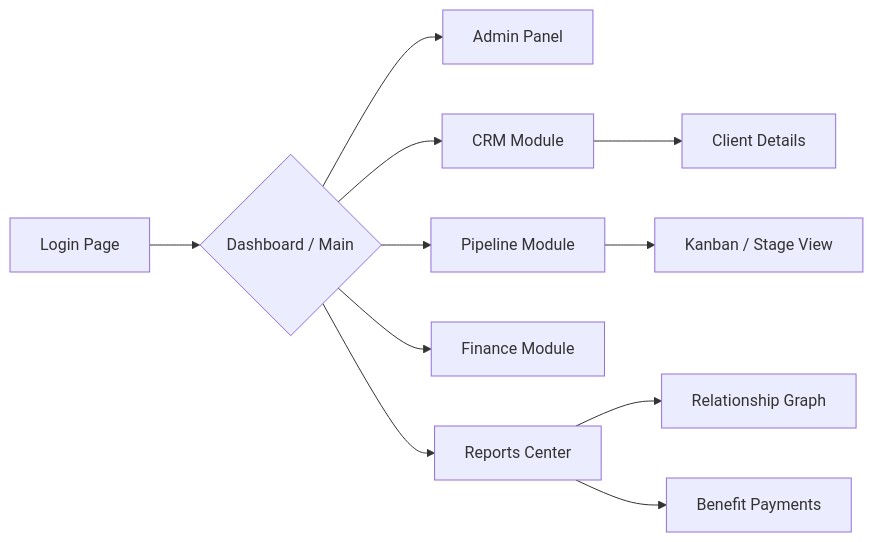
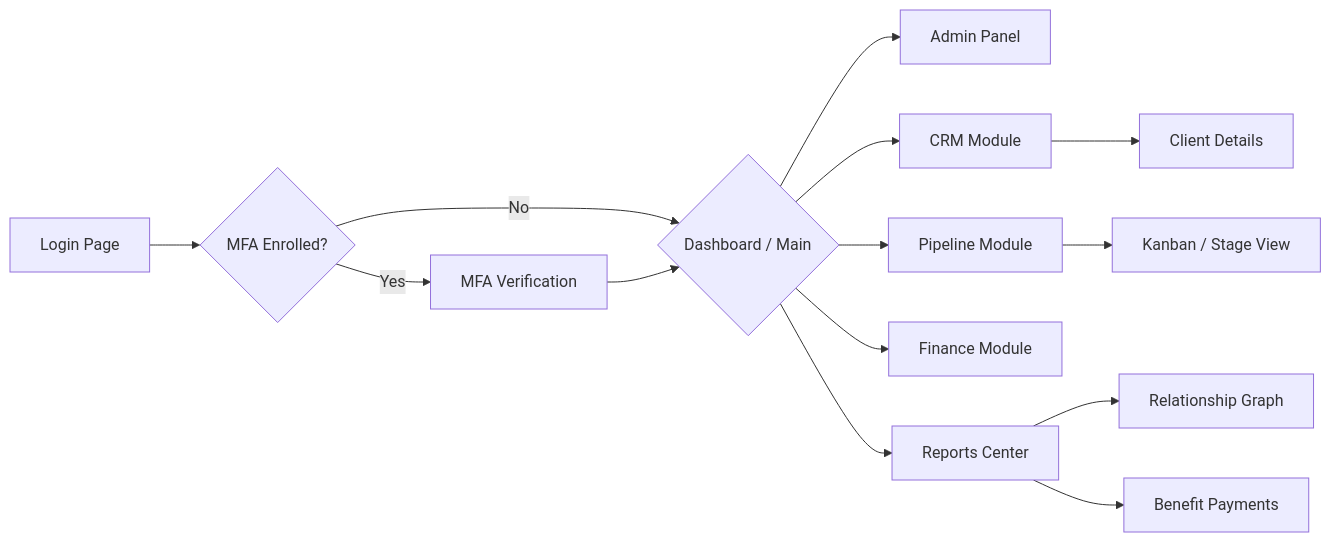
One commit to bereanadvisorgroup/prestige-box changed the diagram in docs/features.md. Above: the diagram before and after it, drawn with Mermaid. The commit also changed other lines of this file and 4 other files, not shown here.

````diff
--- a/docs/features.md
+++ b/docs/features.md
@@ -5,14 +5,17 @@
 ```mermaid
 flowchart LR
-    Login[Login Page] --> Dashboard{Dashboard / Main}
+    Login[Login Page] --> MFA{MFA Enrolled?}
+    MFA -->|Yes| MFAVerify[MFA Verification]
+    MFA -->|No| Dashboard{Dashboard / Main}
+    MFAVerify --> Dashboard
     Dashboard --> Admin[Admin Panel]
     Dashboard --> CRM[CRM Module]
     Dashboard --> Pipeline[Pipeline Module]
     Dashboard --> Finance[Finance Module]
     Dashboard --> Reports[Reports Center]
     
     CRM --> ClientProfile[Client Details]
     Pipeline --> StageView[Kanban / Stage View]
     Reports --> RelGraph[Relationship Graph]
     Reports --> BenPayment[Benefit Payments]
 ```
````
